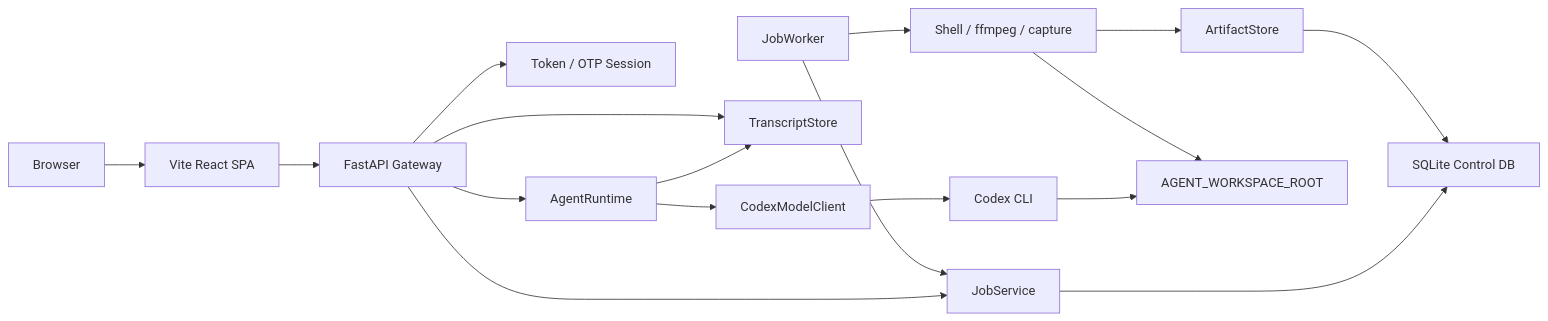
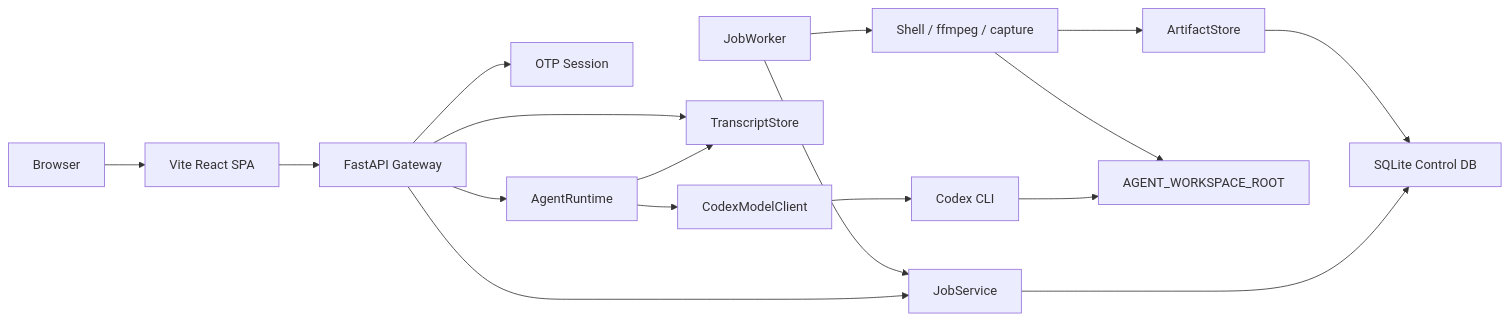
One commit to LeeLeeLeeee/personal-agent-gateway changed the second of 2 diagrams in README.md. Above: the diagram before and after it, drawn with Mermaid. The commit also changed other lines of this file, not shown here.

Commit message:
docs: clarify OTP auth model

````diff
--- a/README.md
+++ b/README.md
@@ -79,34 +80,34 @@
 ```mermaid
 flowchart LR
     Browser[Browser]
     React[Vite React SPA]
     Gateway[FastAPI Gateway]
-    Auth[Token / OTP Session]
+    Auth[OTP Session]
     Runtime[AgentRuntime]
     Provider[CodexModelClient]
     Codex[Codex CLI]
     Transcript[TranscriptStore]
     DB[SQLite Control DB]
     Jobs[JobService]
     Worker[JobWorker]
     Runners[Shell / ffmpeg / capture]
     Artifacts[ArtifactStore]
     Workspace[AGENT_WORKSPACE_ROOT]
 
     Browser --> React
     React --> Gateway
     Gateway --> Auth
     Gateway --> Runtime
     Runtime --> Provider
     Provider --> Codex
     Codex --> Workspace
     Runtime --> Transcript
     Gateway --> Transcript
     Gateway --> Jobs
     Jobs --> DB
     Worker --> Jobs
     Worker --> Runners
     Runners --> Workspace
     Runners --> Artifacts
     Artifacts --> DB
 ```
````
